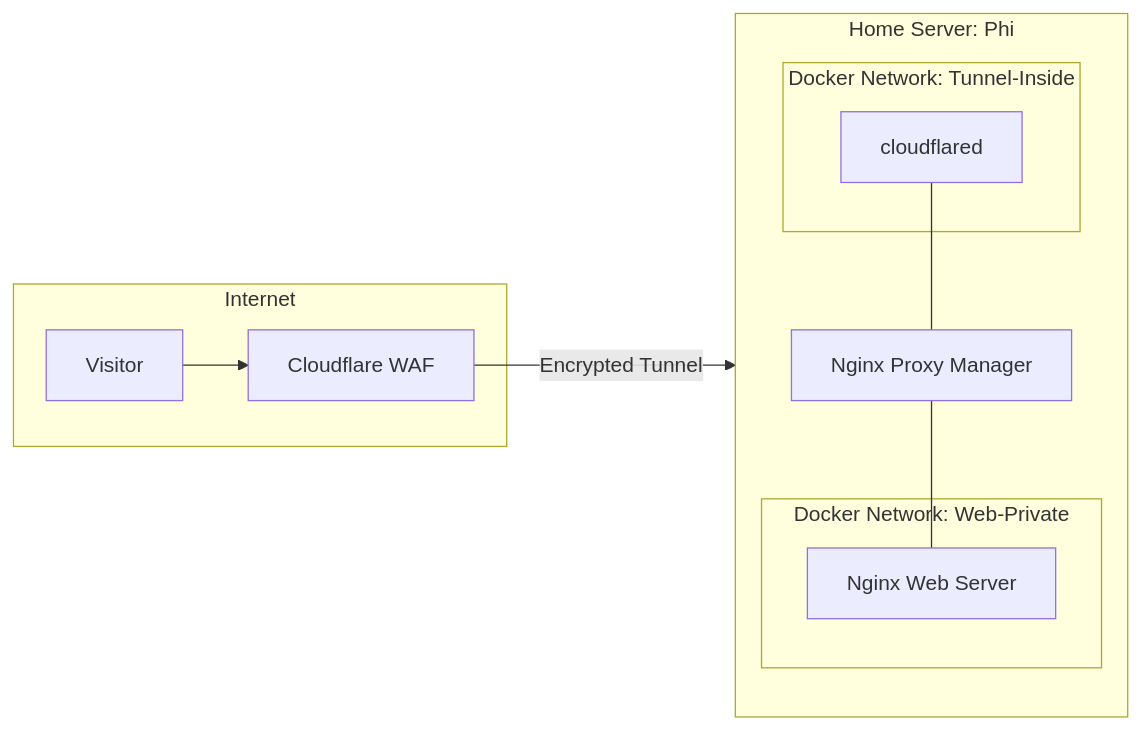
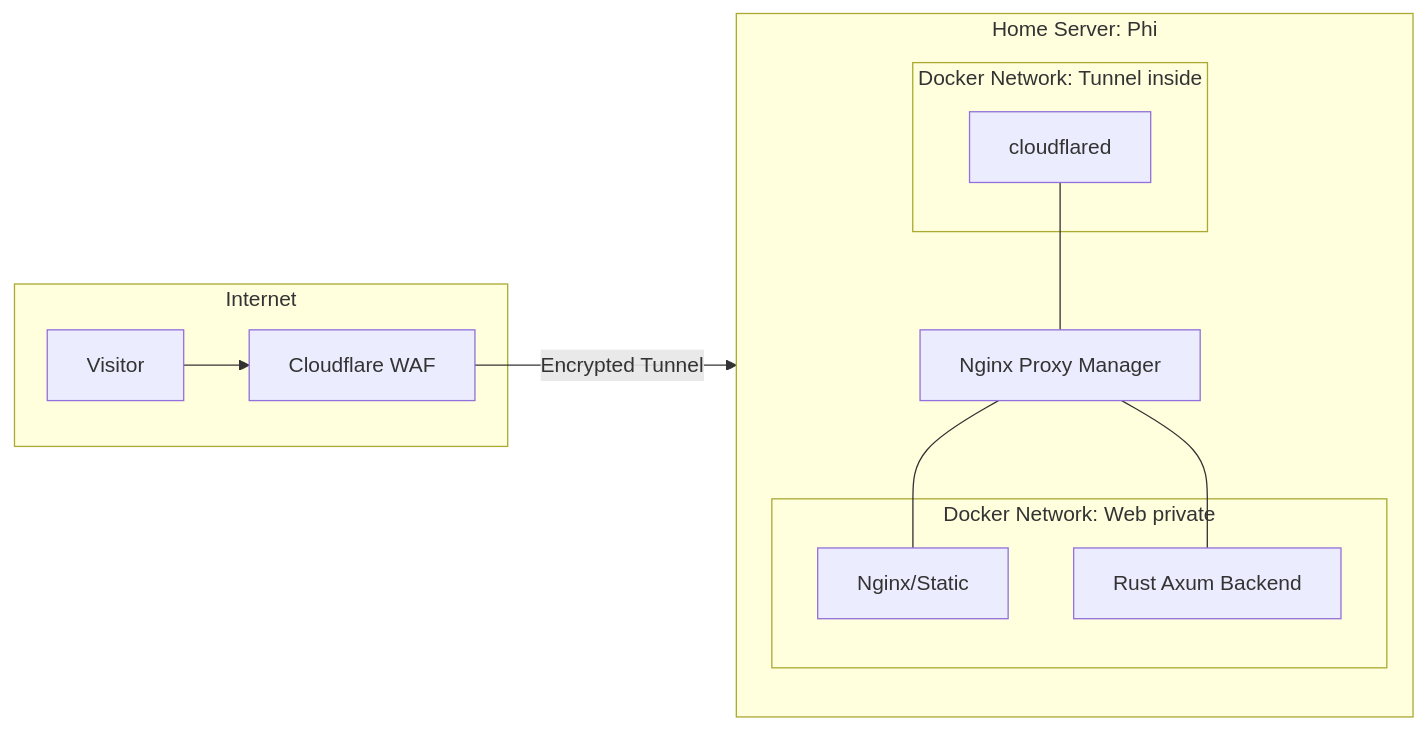
The diagram in website/README.md (DeltaPhi0/2026_Projects), drawn with Mermaid before and after one commit. The commit also changed other lines of this file, not shown here.

First line of the commit message:
Revise README for architecture and security updates

````diff
--- a/website/README.md
+++ b/website/README.md
@@ -17,24 +17,25 @@
 ```mermaid
 graph LR
     subgraph Internet
         User[Visitor] --> CF[Cloudflare WAF]
     end
 
     subgraph Phi_Host [Home Server: Phi]
         direction TB
-        subgraph Net_A [Docker Network: Tunnel-Inside]
+        subgraph Net_A [Docker Network: Tunnel inside]
             Tunnel[cloudflared]
         end
 
-        subgraph Net_B [Docker Network: Web-Private]
-            Web[Nginx Web Server]
+        subgraph Net_B [Docker Network: Web private]
+            Web[Nginx/Static]
+            App[Rust Axum Backend]
         end
 
         Proxy[Nginx Proxy Manager]
     end
 
     CF -->|Encrypted Tunnel| Tunnel
     Tunnel --- Proxy
     Proxy --- Web
-
+    Proxy --- App
 ```
````
